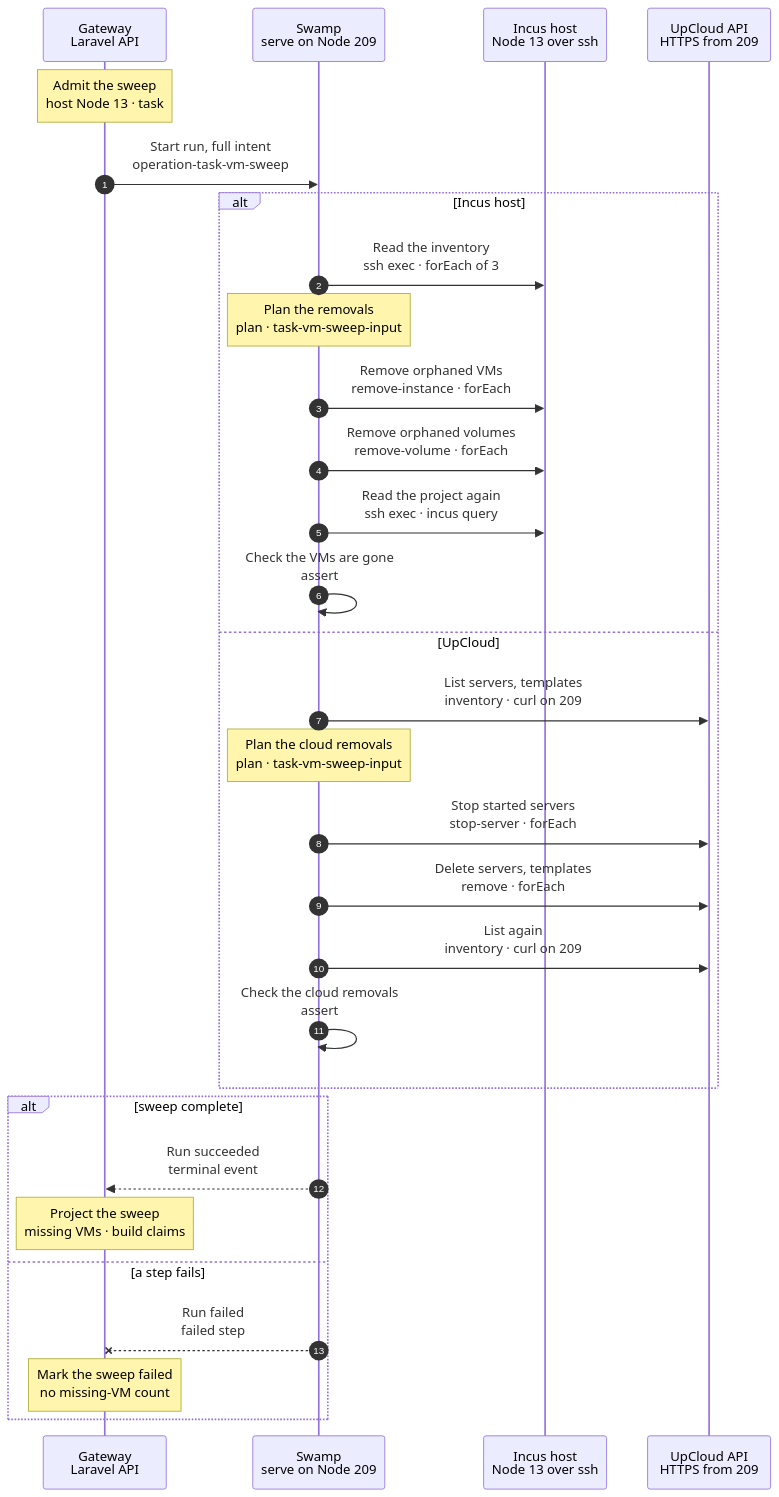
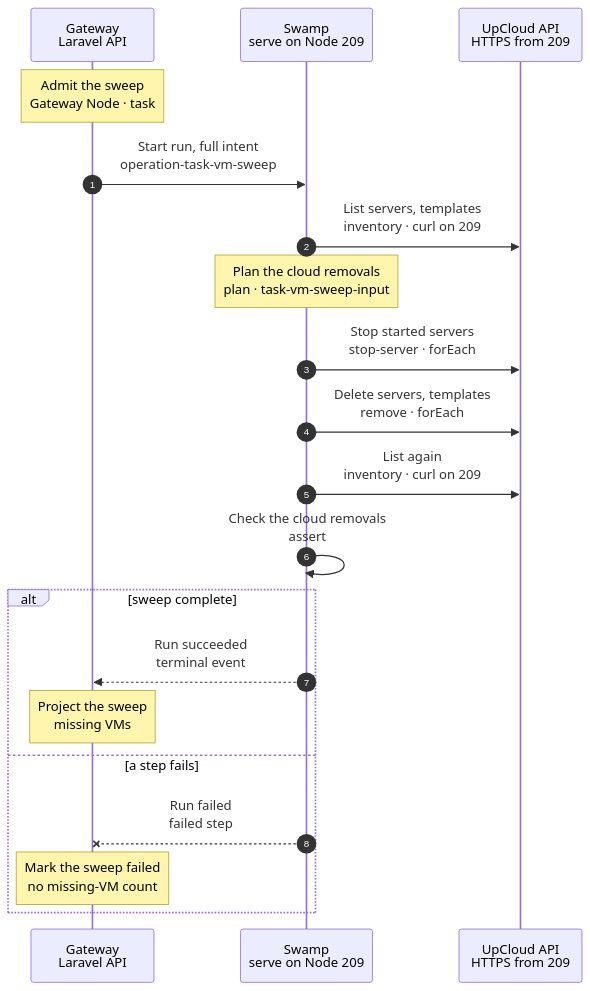
The diagram in docs/cli/tasks/vm-sweep.mmd (hardimpactdev/orbit), drawn with Mermaid before and after one commit. The commit also changed 35 other files, not shown here.

First line of the commit message:
Make a new host's base VM in the refresh; sweep only UpCloud and failed starts

```diff
--- a/docs/cli/tasks/vm-sweep.mmd
+++ b/docs/cli/tasks/vm-sweep.mmd
@@ -1,91 +1,59 @@
 sequenceDiagram
-  %% Target design: swamp/workflows/workflow-operation-task-vm-sweep.yaml, docs/reference/compute-drivers.md#sweep-task-vm-hosts, #report-strays and #sweep-upcloud, docs/cli/README.md design rules R2-R4.
-  %% Tightened: flow-tighten 2026-11-02 (second pass), rules 14 (no `format` or `result` steps and no root `format`; the Gateway reads each plan step and the run's step statuses), 9 (one read-back and one native `assert` per provider), 18 (one workflow; the inventory reads are one forEach, removals parallel forEach, server and template deletes one forEach), 21 (a `guard` runs only the admitted provider's steps; the provider children are folded in, they were no typed boundary), 11 (removal behaviors keep a per-host index name: a name per VM would leave one definition per VM ever swept, Lab #4280).
+  %% Target design: swamp/workflows/workflow-operation-task-vm-sweep.yaml, docs/reference/compute-drivers.md#sweep-upcloud, docs/cli/README.md design rules R2-R4.
+  %% Tightened: flow-tighten 2026-11-02 (second pass), rules 14 (no `format` or `result` steps and no root `format`; the Gateway reads the plan step and the run's step statuses), 9 (one read-back and one native `assert`), 18 (one workflow; removals parallel forEach, server and template deletes one forEach). Reduced to UpCloud on 2026-11-07: an Incus host has no sweep, because a failed start is released by `task_vm.slot_release` (docs/cli/tasks/vm-release.mmd).
   %% status: draft
-  %% command: none · scheduled host sweep every 30 minutes
+  %% command: none · scheduled sweep every 30 minutes
   %% kind: task_vm.sweep_host
   autonumber
   %% lane GW icon=gateway pill=intent tone=blue
   %% lane SW icon=workflow pill=executes tone=green
-  %% lane H icon=server pill=target tone=amber
   %% lane UC icon=server pill=target tone=purple
   participant GW as Gateway<br/>Laravel API
   participant SW as Swamp<br/>serve on Node 209
-  participant H as Incus host<br/>Node 13 over ssh
   participant UC as UpCloud API<br/>HTTPS from 209
-  Note over GW: Admit the sweep<br/>host Node 13 · task #5182
+  Note over GW: Admit the sweep<br/>Gateway Node · task #5182
   %%> Started by:
-  %%> - `SweepTaskVmHosts`, queued every 30 minutes while task VMs are on or the UpCloud token is set
+  %%> - `SweepTaskVmHosts`, queued every 30 minutes while task VMs are on or the UpCloud token is set; the same job releases the task VMs that a failed start left on an Incus host
   %%> Requirements:
-  %%> - no open sweep of Node 13; the generic Operation lock holds the host until the terminal result
+  %%> - UpCloud is configured; no open sweep of the Gateway Node, and the generic Operation lock holds it until the terminal result
   %%> What it does:
-  %%> - captures the ownership scope: live VM names, maximum VM and build ids, project, pool, operator-owned names, recorded, retired and protected builds
-  %%> - retires expired builds before dispatch; logs stray records and stray Nodes from its own state
+  %%> - captures the ownership scope: the live UpCloud VM names, the maximum VM id and the stamps of the template builds that run
+  %%> - touches no Incus host: the sweep holds no host lock and carries no host input
   GW->>SW: Start run, full intent<br/>operation-task-vm-sweep
   %%> Inputs:
-  %%> - `operation_id`, `node_id` 13, `kind`, the full public `intent` with provider and scope
-  %%> - for Incus, Node 13's address, user and pinned SSH host key
-  %%> - for UpCloud, the vault key name `task-vm-upcloud-token` only (R3)
+  %%> - `operation_id`, `node_id`, `kind`, the full public `intent` with the scope
+  %%> - the vault key name `task-vm-upcloud-token` only (R3)
+  SW->>UC: List servers, templates<br/>inventory · curl on 209
   %%> How:
-  %%> - one workflow; a `guard` on each provider's first step skips the other provider, and its later steps skip with it
-  alt Incus host
-    SW->>H: Read the inventory<br/>ssh exec · forEach of 3
-    %%> How:
-    %%> - three parallel pinned `@swamp/ssh exec` argv: `sudo timeout 60 incus query` for instances of all projects, custom volumes of the pool, and images of the project
-    %%> Refuses:
-    %%> - a missing project fails the image read, so the host changes nothing
-    Note over SW: Plan the removals<br/>plan · task-vm-sweep-input
-    %%> What it does:
-    %%> - TypeScript on 209 selects orphaned `tvm-<n>` VMs, eligible image builders and smoke VMs, and orphaned seed clones, within the captured id limits
-    %%> - logs one warning per stray instance, stray volume and stray record; strays are never removed
-    %%> Returns:
-    %%> - the planned names, the deleted names and the names that stay, which the Gateway reads
-    SW->>H: Remove orphaned VMs<br/>remove-instance · forEach
-    %%> How:
-    %%> - `sudo timeout 180 incus delete --force --project orbit-tasks -- <name>`, one item per VM, in parallel
-    SW->>H: Remove orphaned volumes<br/>remove-volume · forEach
-    %%> How:
-    %%> - `incus storage volume delete` for each `tvm-<n>-topology-seed` clone whose VM is gone, after the VMs
-    SW->>H: Read the project again<br/>ssh exec · incus query
-    %%> How:
-    %%> - `incus query /1.0/instances?project=orbit-tasks`
-    SW->>SW: Check the VMs are gone<br/>assert
-    %%> End check:
-    %%> - a native `assert`: no planned VM name is in the read-back
-  else UpCloud
-    SW->>UC: List servers, templates<br/>inventory · curl on 209
-    %%> How:
-    %%> - one inline `curl` per list, the token through `--variable`, never argv: servers labelled `orbit-task-vm` and `orbit-task-image`, and storage templates
-    Note over SW: Plan the cloud removals<br/>plan · task-vm-sweep-input
-    %%> What it does:
-    %%> - selects servers without a live row, build servers and unverified templates older than two hours, except a build still marked running
-    SW->>UC: Stop started servers<br/>stop-server · forEach
-    %%> How:
-    %%> - a hard stop per started server, in parallel
-    SW->>UC: Delete servers, templates<br/>remove · forEach
-    %%> How:
-    %%> - one parallel `forEach`: each server with its storage, each unverified template
-    %%> Retry:
-    %%> - UpCloud refuses a server that is still stopping; the next sweep deletes it
-    SW->>UC: List again<br/>inventory · curl on 209
-    %%> How:
-    %%> - the same three lists
-    SW->>SW: Check the cloud removals<br/>assert
-    %%> End check:
-    %%> - a native `assert`: no planned server or template UUID is still listed
-  end
+  %%> - one inline `curl` per list, the token through `--variable`, never argv: servers labelled `orbit-task-vm` and `orbit-task-image`, and storage templates
+  Note over SW: Plan the cloud removals<br/>plan · task-vm-sweep-input
+  %%> What it does:
+  %%> - selects servers without a live row, build servers and unverified templates older than two hours, except a build still marked running
+  SW->>UC: Stop started servers<br/>stop-server · forEach
+  %%> How:
+  %%> - a hard stop per started server, in parallel
+  SW->>UC: Delete servers, templates<br/>remove · forEach
+  %%> How:
+  %%> - one parallel `forEach`: each server with its storage, each unverified template
+  %%> Retry:
+  %%> - UpCloud refuses a server that is still stopping; the next sweep deletes it
+  SW->>UC: List again<br/>inventory · curl on 209
+  %%> How:
+  %%> - the same three lists
+  SW->>SW: Check the cloud removals<br/>assert
+  %%> End check:
+  %%> - a native `assert`: no planned server or template UUID is still listed
   alt sweep complete
     SW-->>GW: Run succeeded<br/>terminal event
     %%> How the Gateway learns it:
     %%> - its shared run reader sees the terminal event and reads the run once; it takes the plan step's names
-    Note over GW: Project the sweep<br/>missing VMs · build claims
+    Note over GW: Project the sweep<br/>missing VMs
     %%> Result:
-    %%> - a `ready` or `parked` VM missing on two sweeps in a row becomes `failed` with `task_vm.vm_missing`, and its group asks for assistance
-    %%> - a failed build's cleanup claim is released when none of its names remain
+    %%> - a `ready` or `parked` UpCloud VM missing on two sweeps in a row becomes `failed` with `task_vm.vm_missing`, and its group asks for assistance
   else a step fails
     SW--xGW: Run failed<br/>failed step
     Note over GW: Mark the sweep failed<br/>no missing-VM count
     %%> Result:
     %%> - task #5182 fails with `task_vm.host_command_failed`
-    %%> - a provider or SSH failure never counts as a missing VM; build claims stay; the next sweep runs again in 30 minutes
+    %%> - a provider failure never counts as a missing VM; the next sweep runs again in 30 minutes
   end
```
